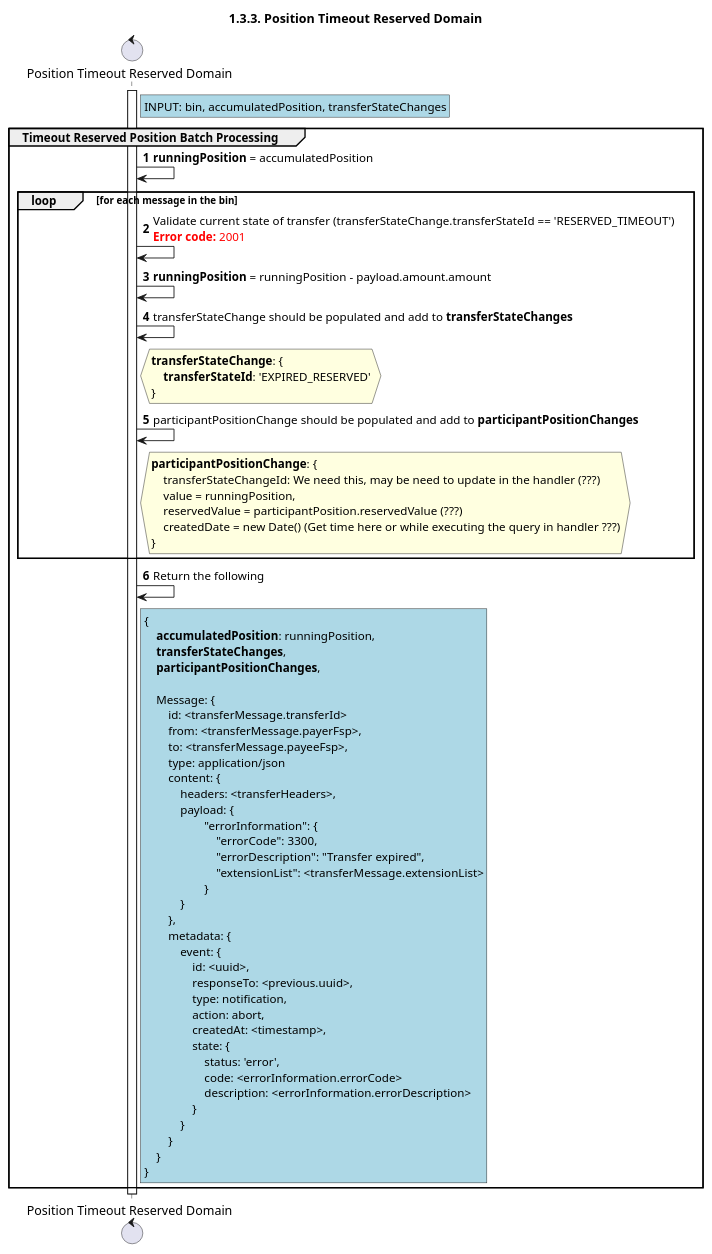
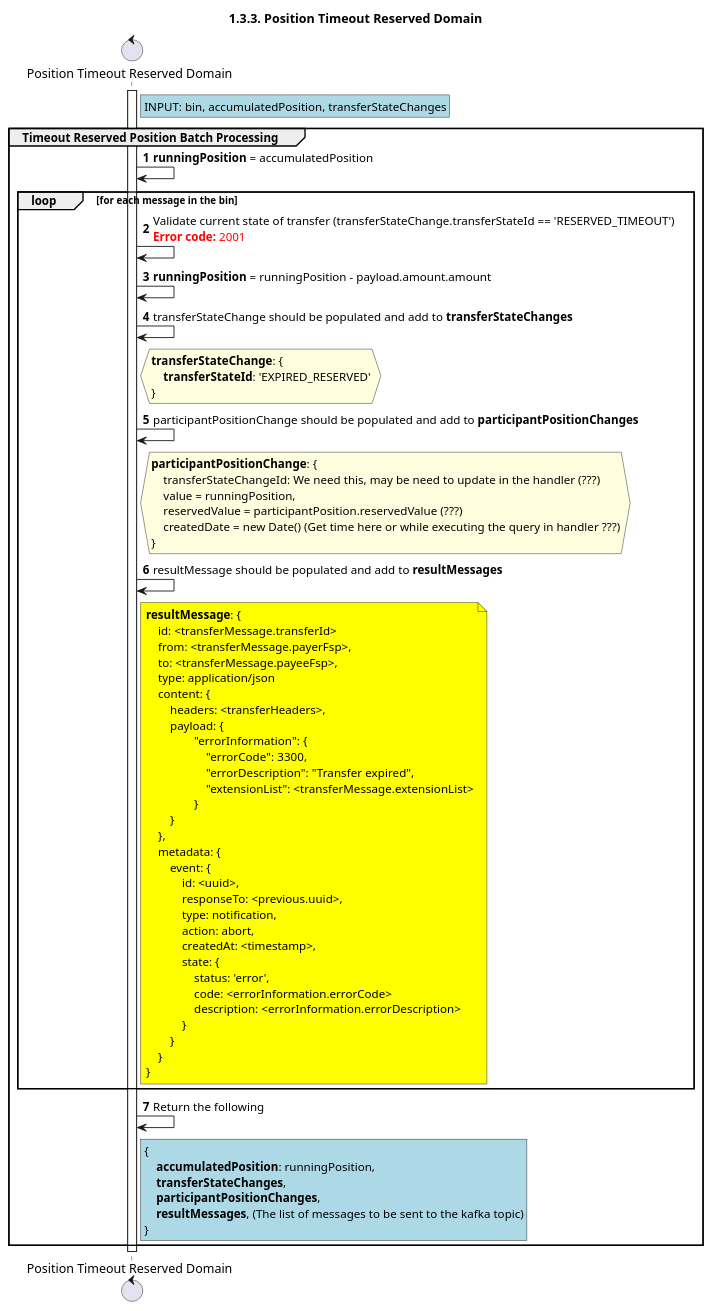
One commit to mojaloop/documentation changed the diagram in docs/technical/central-ledger/assets/diagrams/sequence/seq-position-1.3.4-timeout-reserved-domain.plantuml. Above: the diagram before and after it, drawn with PlantUML. The commit also changed 10 other files, not shown here.

Commit message:
feat: updated seq diagrams

```diff
--- a/docs/technical/central-ledger/assets/diagrams/sequence/seq-position-1.3.4-timeout-reserved-domain.plantuml
+++ b/docs/technical/central-ledger/assets/diagrams/sequence/seq-position-1.3.4-timeout-reserved-domain.plantuml
@@ -28,84 +28,87 @@
 @startuml
 ' declate title
 title 1.3.3. Position Timeout Reserved Domain
 
 autonumber
 
 ' Actor Keys:
 '   boundary - APIs/Interfaces, etc
 '   collections - Kafka Topics
 '   control - Kafka Consumers
 '   entity - Database Access Objects
 '   database - Database Persistence Store
 
 ' declare actors
 control "Position Timeout Reserved Domain" as DOMAIN_POSITION_TIMEOUT_RESERVED
 
 ' start flow
 activate DOMAIN_POSITION_TIMEOUT_RESERVED
 rnote right of DOMAIN_POSITION_TIMEOUT_RESERVED #lightblue
     INPUT: bin, accumulatedPosition, transferStateChanges
 end note
 group Timeout Reserved Position Batch Processing
     DOMAIN_POSITION_TIMEOUT_RESERVED -> DOMAIN_POSITION_TIMEOUT_RESERVED: **runningPosition** = accumulatedPosition
     loop for each message in the bin
         DOMAIN_POSITION_TIMEOUT_RESERVED -> DOMAIN_POSITION_TIMEOUT_RESERVED: Validate current state of transfer (transferStateChange.transferStateId == 'RESERVED_TIMEOUT')\n<color #FF0000><b>Error code:</b> 2001</color>
         DOMAIN_POSITION_TIMEOUT_RESERVED -> DOMAIN_POSITION_TIMEOUT_RESERVED: **runningPosition** = runningPosition - payload.amount.amount
         DOMAIN_POSITION_TIMEOUT_RESERVED -> DOMAIN_POSITION_TIMEOUT_RESERVED: transferStateChange should be populated and add to **transferStateChanges**
         hnote right of DOMAIN_POSITION_TIMEOUT_RESERVED #lightyellow
             **transferStateChange**: {
                 **transferStateId**: 'EXPIRED_RESERVED'
             }
         end note
         DOMAIN_POSITION_TIMEOUT_RESERVED -> DOMAIN_POSITION_TIMEOUT_RESERVED: participantPositionChange should be populated and add to **participantPositionChanges**
         hnote right of DOMAIN_POSITION_TIMEOUT_RESERVED #lightyellow
             **participantPositionChange**: {
                 transferStateChangeId: We need this, may be need to update in the handler (???)
                 value = runningPosition,
                 reservedValue = participantPosition.reservedValue (???)
                 createdDate = new Date() (Get time here or while executing the query in handler ???)
             }
         end note
+        DOMAIN_POSITION_TIMEOUT_RESERVED -> DOMAIN_POSITION_TIMEOUT_RESERVED: resultMessage should be populated and add to **resultMessages**
+        note right of DOMAIN_POSITION_TIMEOUT_RESERVED #yellow
+            **resultMessage**: {
+                id: <transferMessage.transferId>
+                from: <transferMessage.payerFsp>,
+                to: <transferMessage.payeeFsp>,
+                type: application/json
+                content: {
+                    headers: <transferHeaders>,
+                    payload: {
+                            "errorInformation": {
+                                "errorCode": 3300,
+                                "errorDescription": "Transfer expired",
+                                "extensionList": <transferMessage.extensionList>
+                            }
+                    }
+                },
+                metadata: {
+                    event: {
+                        id: <uuid>,
+                        responseTo: <previous.uuid>,
+                        type: notification,
+                        action: abort,
+                        createdAt: <timestamp>,
+                        state: {
+                            status: 'error',
+                            code: <errorInformation.errorCode>
+                            description: <errorInformation.errorDescription>
+                        }
+                    }
+                }
+            }
+        end note
     end
     DOMAIN_POSITION_TIMEOUT_RESERVED -> DOMAIN_POSITION_TIMEOUT_RESERVED: Return the following
     rnote right of DOMAIN_POSITION_TIMEOUT_RESERVED #lightblue
     {
         **accumulatedPosition**: runningPosition,
         **transferStateChanges**,
         **participantPositionChanges**,
-
-        Message: {
-            id: <transferMessage.transferId>
-            from: <transferMessage.payerFsp>,
-            to: <transferMessage.payeeFsp>,
-            type: application/json
-            content: {
-                headers: <transferHeaders>,
-                payload: {
-                        "errorInformation": {
-                            "errorCode": 3300,
-                            "errorDescription": "Transfer expired",
-                            "extensionList": <transferMessage.extensionList>
-                        }
-                }
-            },
-            metadata: {
-                event: {
-                    id: <uuid>,
-                    responseTo: <previous.uuid>,
-                    type: notification,
-                    action: abort,
-                    createdAt: <timestamp>,
-                    state: {
-                        status: 'error',
-                        code: <errorInformation.errorCode>
-                        description: <errorInformation.errorDescription>
-                    }
-                }
-            }
-        }
+        **resultMessages**, (The list of messages to be sent to the kafka topic)
     }   
     end note
 end
 deactivate DOMAIN_POSITION_TIMEOUT_RESERVED
 @enduml
```
